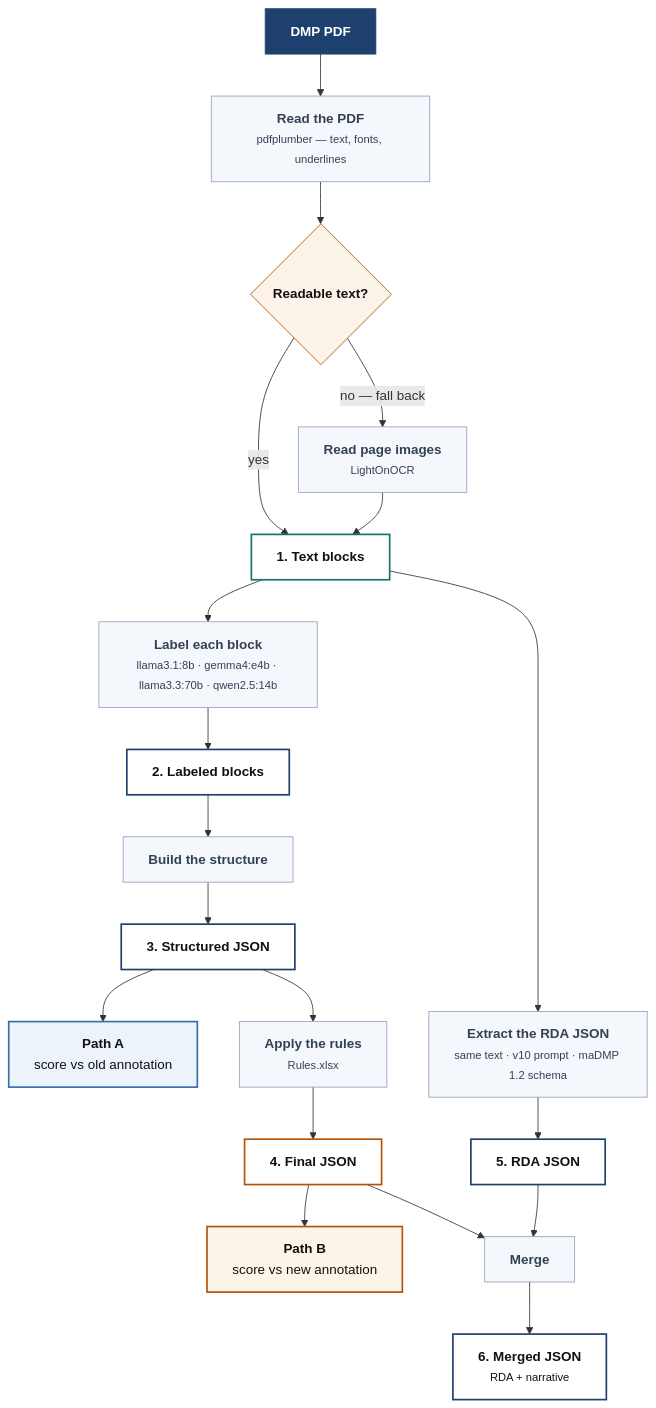
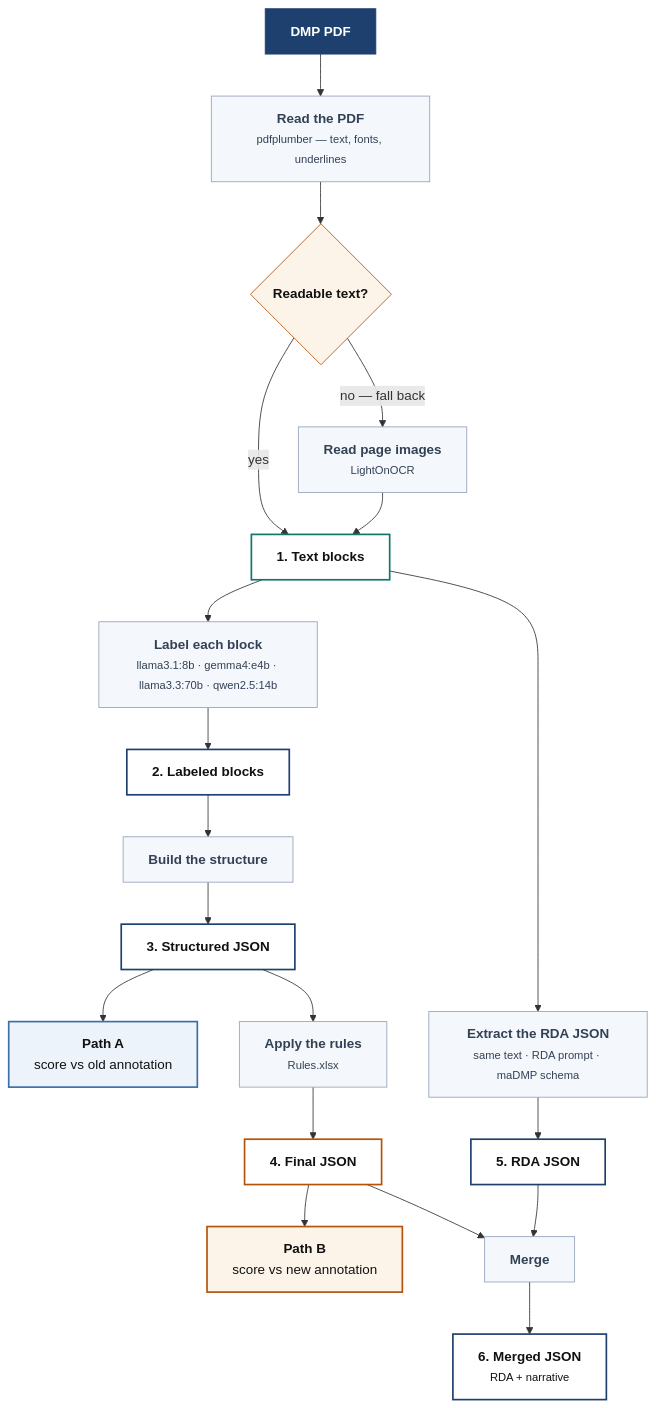
The diagram in README.md (fairdataihub/dmpbridge), drawn with Mermaid before and after one commit. The commit also changed other lines of this file, not shown here.

Commit message:
Enhance README with detailed RDA JSON structure and requirements for improved documentation

````diff
--- a/README.md
+++ b/README.md
@@ -38,43 +38,43 @@
 ```mermaid
 flowchart TD
     PDF["<b>DMP PDF</b>"]
 
     PDF --> READ["<b>Read the PDF</b><br/><small>pdfplumber — text, fonts, underlines</small>"]
     READ --> CHECK{"<b>Readable text?</b>"}
     CHECK -- yes --> S1["<b>1. Text blocks</b>"]
     CHECK -- "no — fall back" --> OCR["<b>Read page images</b><br/><small>LightOnOCR</small>"]
     OCR --> S1
     S1 --> LABEL["<b>Label each block</b><br/><small>llama3.1:8b · gemma4:e4b · llama3.3:70b · qwen2.5:14b</small>"]
     LABEL --> S2["<b>2. Labeled blocks</b>"]
     S2 --> BUILD["<b>Build the structure</b>"]
     BUILD --> S3["<b>3. Structured JSON</b>"]
 
     S3 --> PATHA["<b>Path A</b><br/>score vs old annotation"]
     S3 --> RULES["<b>Apply the rules</b><br/><small>Rules.xlsx</small>"]
     RULES --> S4["<b>4. Final JSON</b>"]
     S4 --> PATHB["<b>Path B</b><br/>score vs new annotation"]
 
-    S1 --> RDA["<b>Extract the RDA JSON</b><br/><small>same text · v10 prompt · maDMP 1.2 schema</small>"]
+    S1 --> RDA["<b>Extract the RDA JSON</b><br/><small>same text · RDA prompt · maDMP schema</small>"]
     RDA --> S5["<b>5. RDA JSON</b>"]
     S5 --> MERGE["<b>Merge</b>"]
     S4 --> MERGE
     MERGE --> S6["<b>6. Merged JSON</b><br/><small>RDA + narrative</small>"]
 
     classDef input  fill:#1E406E,stroke:#1E406E,color:#ffffff
     classDef step   fill:#F4F7FB,stroke:#94A3B8,stroke-width:1px,color:#334155
     classDef cached fill:#ffffff,stroke:#0F766E,stroke-width:2px,color:#111
     classDef data   fill:#ffffff,stroke:#1E406E,stroke-width:2px,color:#111
     classDef rules  fill:#ffffff,stroke:#B45309,stroke-width:2px,color:#111
     classDef pathA  fill:#EDF3FA,stroke:#3C6FA8,stroke-width:2px,color:#111
     classDef pathB  fill:#FDF4E9,stroke:#B45309,stroke-width:2px,color:#111
     classDef check  fill:#FDF4E9,stroke:#B45309,stroke-width:1px,color:#111
 
     class PDF input
     class READ,LABEL,BUILD,RULES,OCR,RDA,MERGE step
     class CHECK check
     class S1 cached
     class S2,S3,S5,S6 data
     class S4 rules
     class PATHA pathA
     class PATHB pathB
 ```
````
